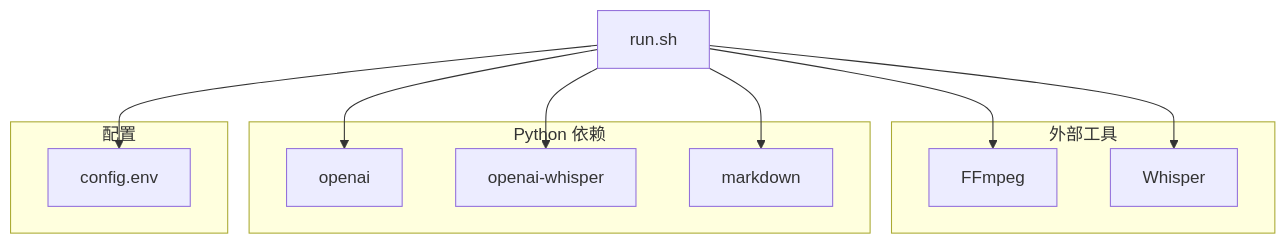
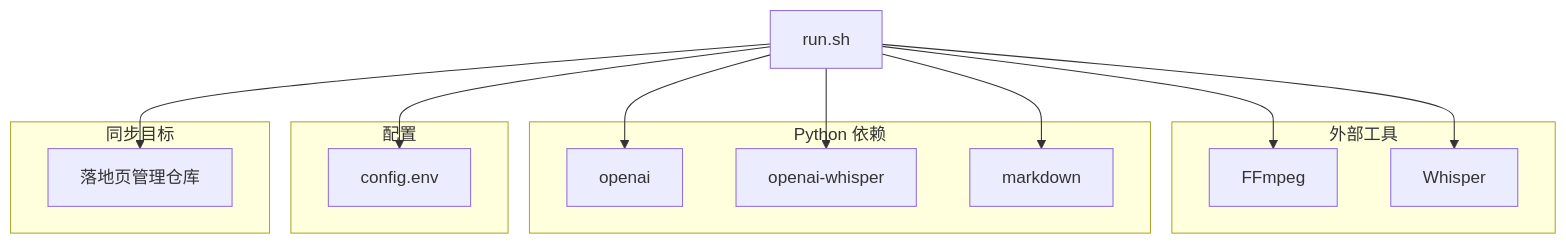
Before and after one commit to WongMingJiu/landingpage-test-hero-page: the ninth of 9 diagrams in .qoder/repowiki/zh/content/核心模块详解/视频处理模块.md, drawn with Mermaid. The commit also changed other lines of this file and 53 other files, not shown here.

````diff
--- a/.qoder/repowiki/zh/content/核心模块详解/视频处理模块.md
+++ b/.qoder/repowiki/zh/content/核心模块详解/视频处理模块.md
@@ -286,21 +333,25 @@
 ```mermaid
 graph TB
 subgraph "外部工具"
 FF["FFmpeg"]
 WH["Whisper"]
 end
 subgraph "Python 依赖"
 OA["openai"]
 OW["openai-whisper"]
 MD["markdown"]
 end
 subgraph "配置"
 CE["config.env"]
 end
+subgraph "同步目标"
+ST["落地页管理仓库"]
+end
 RUN["run.sh"] --> FF
 RUN --> WH
 RUN --> OA
 RUN --> OW
 RUN --> MD
 RUN --> CE
+RUN --> ST
 ```
````
